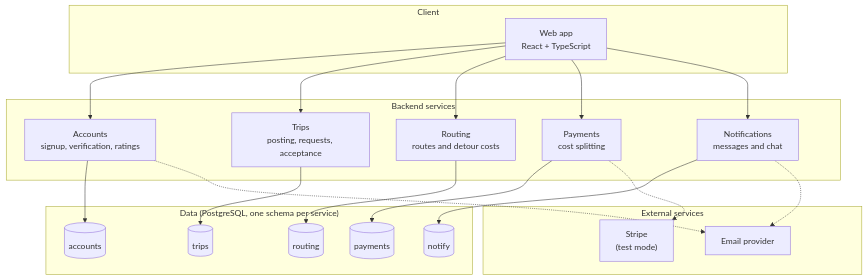
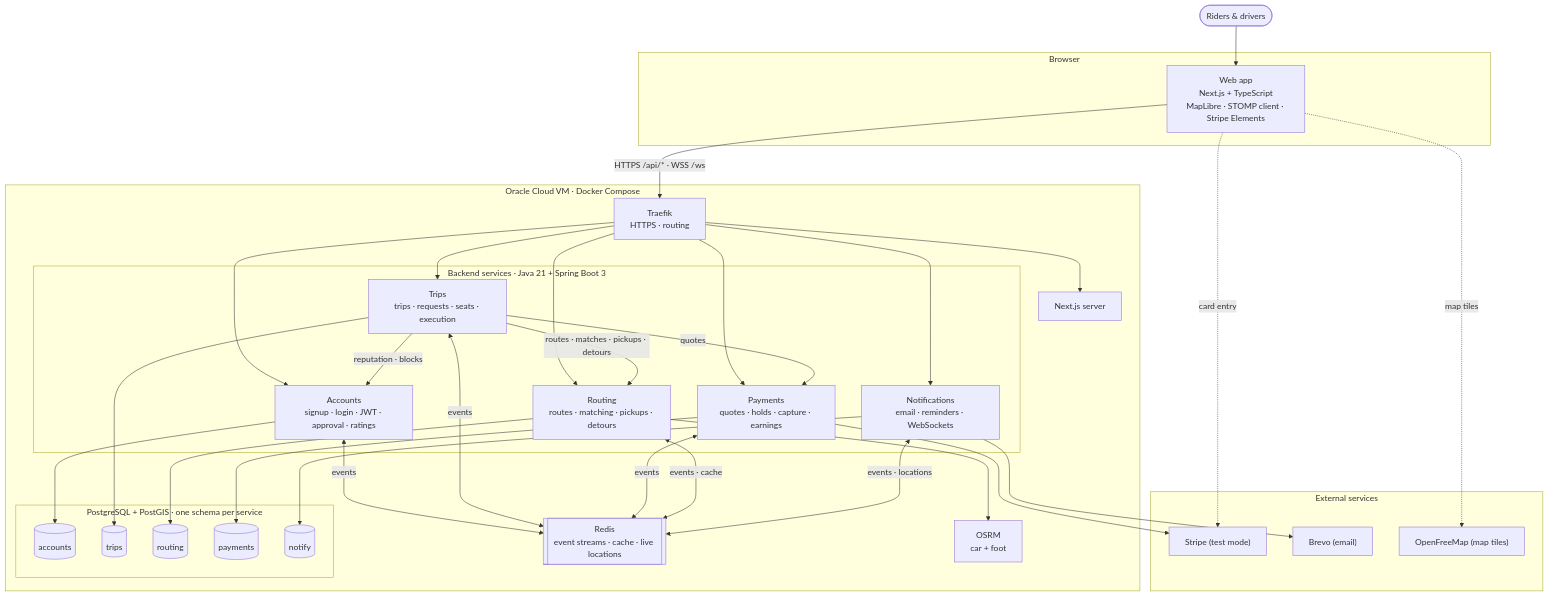
One commit to Andrew-Ih/COMP-4350-Group5-GetDrove changed the diagram in sprint0.md. Above: the diagram before and after it, drawn with Mermaid. The commit also changed other lines of this file and 23 other files, not shown here.

````diff
--- a/sprint0.md
+++ b/sprint0.md
@@ -63,43 +66,64 @@
 ```mermaid
 flowchart TB
-    subgraph client["Client"]
-        web["Web app<br/>React + TypeScript"]
+    users(["Riders & drivers"]) --> web
+
+    subgraph client["Browser"]
+        web["Web app<br/>Next.js + TypeScript<br/>MapLibre · STOMP client · Stripe Elements"]
     end
 
-    subgraph backend["Backend services"]
-        accounts["Accounts<br/>signup, verification, ratings"]
-        trips["Trips<br/>posting, requests, acceptance"]
-        routing["Routing<br/>routes and detour costs"]
-        payments["Payments<br/>cost splitting"]
-        notify["Notifications<br/>messages and chat"]
-    end
+    subgraph vm["Oracle Cloud VM · Docker Compose"]
+        traefik["Traefik<br/>HTTPS · routing"]
+        next["Next.js server"]
 
-    subgraph data["Data (PostgreSQL, one schema per service)"]
-        accountsDb[("accounts")]
-        tripsDb[("trips")]
-        routingDb[("routing")]
-        payDb[("payments")]
-        notifyDb[("notify")]
+        subgraph services["Backend services · Java 21 + Spring Boot 3"]
+            accounts["Accounts<br/>signup · login · JWT · approval · ratings"]
+            trips["Trips<br/>trips · requests · seats · execution"]
+            routing["Routing<br/>routes · matching · pickups · detours"]
+            payments["Payments<br/>quotes · holds · capture · earnings"]
+            notify["Notifications<br/>email · reminders · WebSockets"]
+        end
+
+        subgraph data["PostgreSQL + PostGIS · one schema per service"]
+            accountsDb[("accounts")]
+            tripsDb[("trips")]
+            routingDb[("routing")]
+            payDb[("payments")]
+            notifyDb[("notify")]
+        end
+
+        redis[["Redis<br/>event streams · cache · live locations"]]
+        osrm["OSRM<br/>car + foot"]
     end
 
     subgraph external["External services"]
-        stripe["Stripe<br/>(test mode)"]
-        email["Email provider"]
+        stripe["Stripe (test mode)"]
+        brevo["Brevo (email)"]
+        tiles["OpenFreeMap (map tiles)"]
     end
 
-    web --> accounts
-    web --> trips
-    web --> routing
-    web --> payments
-    web --> notify
+    web -->|"HTTPS /api/* · WSS /ws"| traefik
+    web -.->|map tiles| tiles
+    web -.->|card entry| stripe
+    traefik --> next
+    traefik --> accounts & trips & routing & payments & notify
+
+    trips -->|reputation · blocks| accounts
+    trips -->|routes · matches · pickups · detours| routing
+    trips -->|quotes| payments
+    routing --> osrm
+
+    accounts <-->|events| redis
+    trips <-->|events| redis
+    payments <-->|events| redis
+    routing <-->|events · cache| redis
+    notify <-->|events · locations| redis
 
     accounts --> accountsDb
     trips --> tripsDb
     routing --> routingDb
     payments --> payDb
     notify --> notifyDb
 
-    payments -.-> stripe
-    accounts -.-> email
-    notify -.-> email
+    payments --> stripe
+    notify --> brevo
 ```
````
